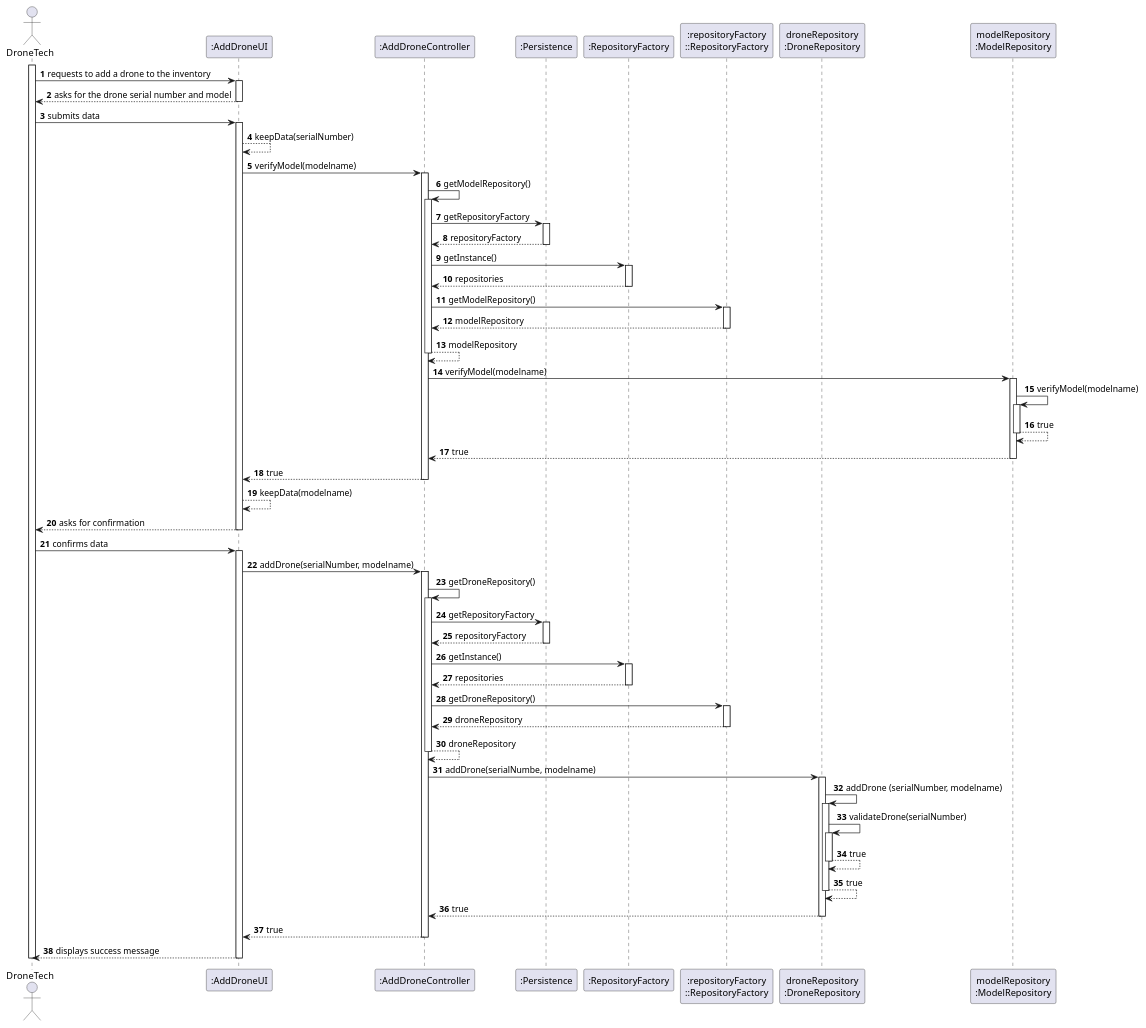
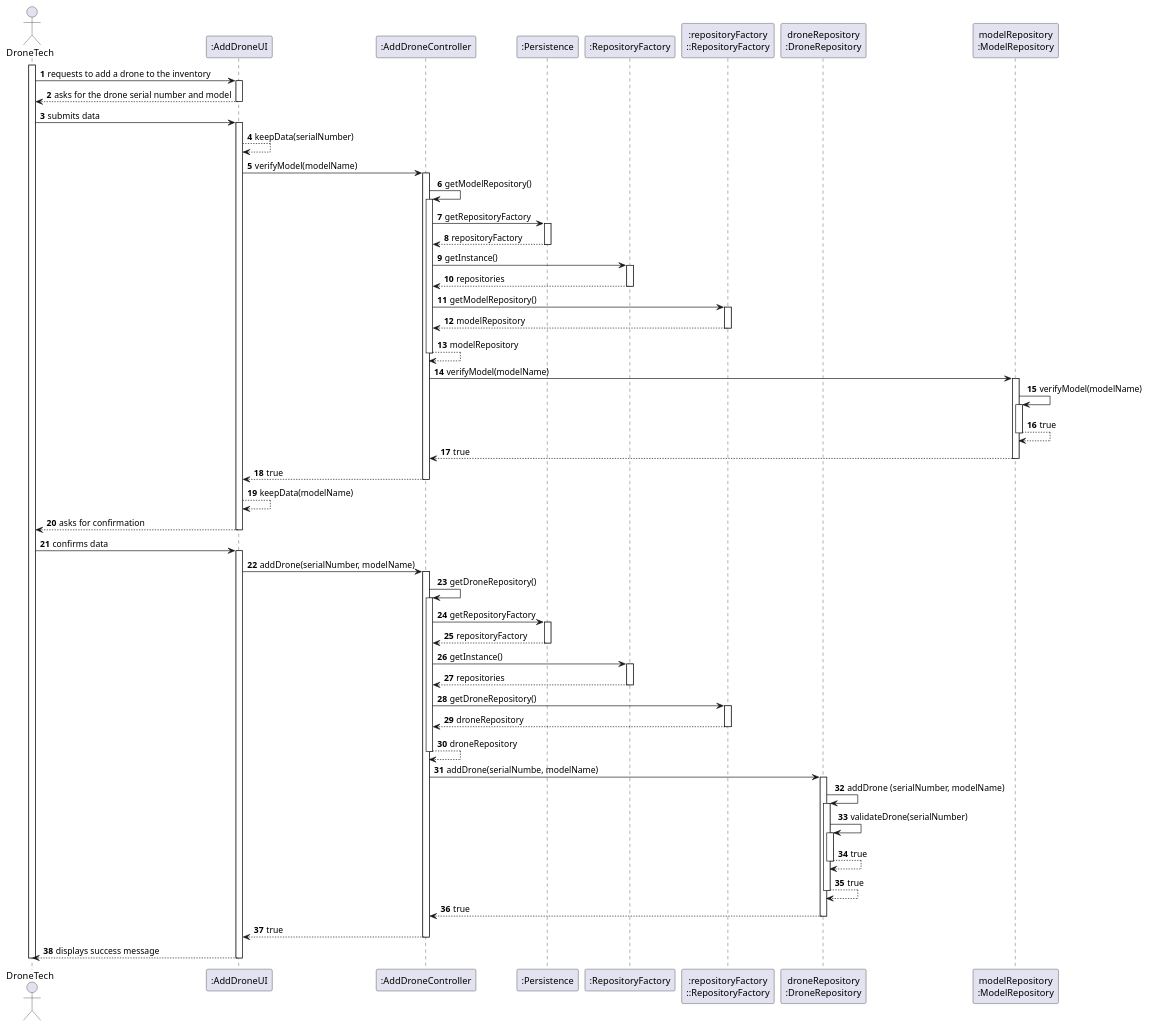
The diagram in docs/SPRINT_2/US241/puml/sequence_diagram_us241.puml (diogoveirospro/sem4pi-2024-2025-sem4pi_2024_2025_g44), drawn with PlantUML before and after one commit. The commit also changed 6 other files, not shown here.

```diff
--- a/docs/SPRINT_2/US241/puml/sequence_diagram_us241.puml
+++ b/docs/SPRINT_2/US241/puml/sequence_diagram_us241.puml
@@ -1,103 +1,103 @@
 @startuml
 'skinparam monochrome true
 skinparam packageStyle rectangle
 skinparam shadowing false
 
 autonumber
 
 actor "DroneTech" as DT
 participant ":AddDroneUI" as UI
 participant ":AddDroneController" as CTRL
 participant ":Persistence" as PERS
 participant ":RepositoryFactory" as REPOS
 participant ":repositoryFactory\n::RepositoryFactory" as REPOS_SINGLETON
 participant "droneRepository\n:DroneRepository" as DRN_REPO
 participant "modelRepository\n:ModelRepository" as MDL_REPO
 
 activate DT
 
 DT -> UI : requests to add a drone to the inventory
 activate UI
     UI --> DT : asks for the drone serial number and model
         deactivate UI
     DT -> UI : submits data
     activate UI
     UI --> UI : keepData(serialNumber)
 
-    UI -> CTRL : verifyModel(modelname)
+    UI -> CTRL : verifyModel(modelName)
     activate CTRL
     CTRL -> CTRL :getModelRepository()
             activate CTRL
             CTRL -> PERS : getRepositoryFactory
                                         activate PERS
                                         PERS --> CTRL : repositoryFactory
                                         deactivate PERS
             CTRL -> REPOS : getInstance()
             activate REPOS
                 REPOS --> CTRL : repositories
             deactivate REPOS
 
             CTRL -> REPOS_SINGLETON : getModelRepository()
             activate REPOS_SINGLETON
                 REPOS_SINGLETON --> CTRL : modelRepository
             deactivate REPOS_SINGLETON
             CTRL -->CTRL : modelRepository
             deactivate CTRL
-    CTRL -> MDL_REPO : verifyModel(modelname)
+    CTRL -> MDL_REPO : verifyModel(modelName)
     activate MDL_REPO
-    MDL_REPO -> MDL_REPO : verifyModel(modelname)
+    MDL_REPO -> MDL_REPO : verifyModel(modelName)
     activate MDL_REPO
     MDL_REPO --> MDL_REPO : true
     deactivate MDL_REPO
     MDL_REPO --> CTRL : true
     deactivate MDL_REPO
     CTRL --> UI : true
     deactivate CTRL
-    UI --> UI : keepData(modelname)
+    UI --> UI : keepData(modelName)
 
     UI --> DT : asks for confirmation
     deactivate UI
     DT -> UI : confirms data
     activate UI
-    UI -> CTRL : addDrone(serialNumber, modelname)
+    UI -> CTRL : addDrone(serialNumber, modelName)
     activate CTRL
         CTRL -> CTRL :getDroneRepository()
         activate CTRL
         CTRL -> PERS : getRepositoryFactory
                                                 activate PERS
                                                 PERS --> CTRL : repositoryFactory
                                                 deactivate PERS
         CTRL -> REPOS : getInstance()
         activate REPOS
             REPOS --> CTRL : repositories
         deactivate REPOS
 
         CTRL -> REPOS_SINGLETON : getDroneRepository()
         activate REPOS_SINGLETON
             REPOS_SINGLETON --> CTRL : droneRepository
         deactivate REPOS_SINGLETON
         CTRL -->CTRL : droneRepository
         deactivate CTRL
-            CTRL -> DRN_REPO : addDrone(serialNumbe, modelname)
+            CTRL -> DRN_REPO : addDrone(serialNumbe, modelName)
             activate DRN_REPO
 
-        DRN_REPO -> DRN_REPO: addDrone (serialNumber, modelname)
+        DRN_REPO -> DRN_REPO: addDrone (serialNumber, modelName)
                 activate DRN_REPO
                     DRN_REPO -> DRN_REPO: validateDrone(serialNumber)
                     activate DRN_REPO
                         DRN_REPO --> DRN_REPO : true
                     deactivate DRN_REPO
 
                     DRN_REPO --> DRN_REPO : true
                 deactivate DRN_REPO
             DRN_REPO --> CTRL : true
         deactivate DRN_REPO
 
         CTRL --> UI : true
     deactivate CTRL
 
 UI --> DT : displays success message
 deactivate UI
 deactivate DT
 
 @enduml
```
